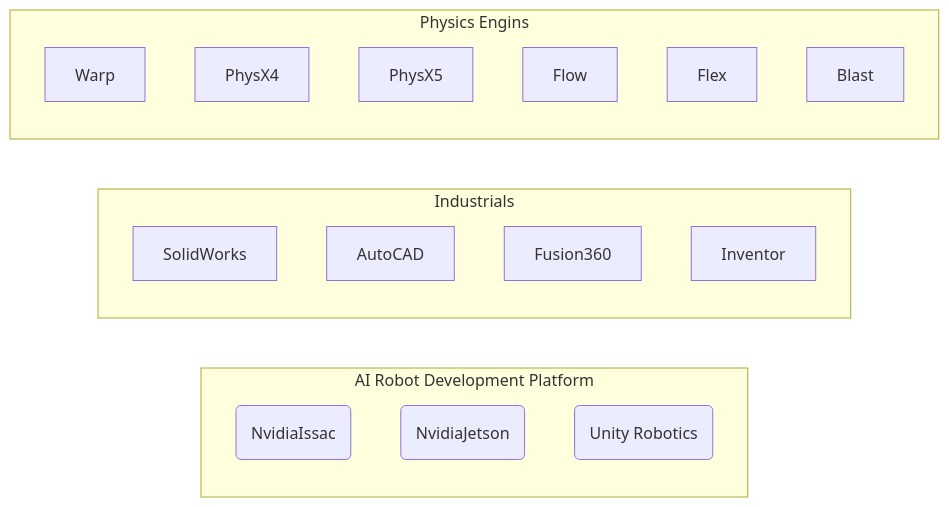
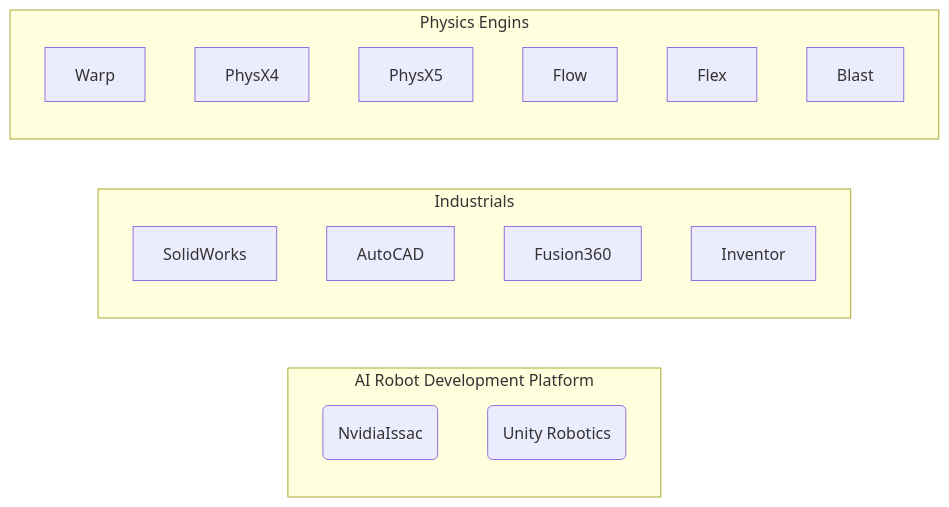
Before and after one commit to nihonXIM/XIR: the first of 3 diagrams in Simulation.md, drawn with Mermaid. The commit also changed 2 other files, not shown here.

Commit message:
始め

````diff
--- a/Simulation.md
+++ b/Simulation.md
@@ -6,26 +6,25 @@
 ```mermaid
 flowchart LR
     
     subgraph AI Robot Development Platform 
         NI(NvidiaIssac)
-        NJ(NvidiaJetson)
         UR(Unity Robotics)
     end
     
     subgraph Industrials
         SolidWorks
         AutoCAD
         Fusion360
         Inventor
     end
     
     subgraph Physics Engins 
         Warp
         PhysX4
         PhysX5
         Flow
         Flex
         Blast
     end
 
 ```
````
